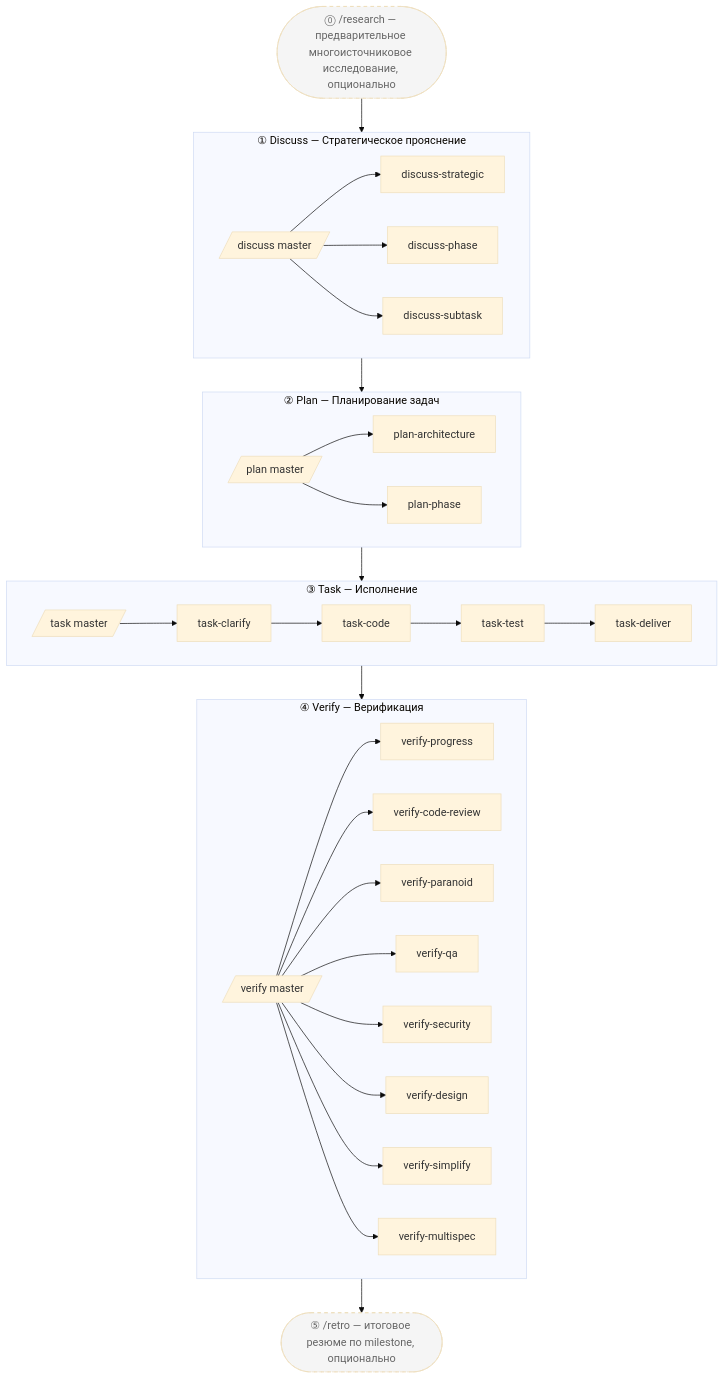
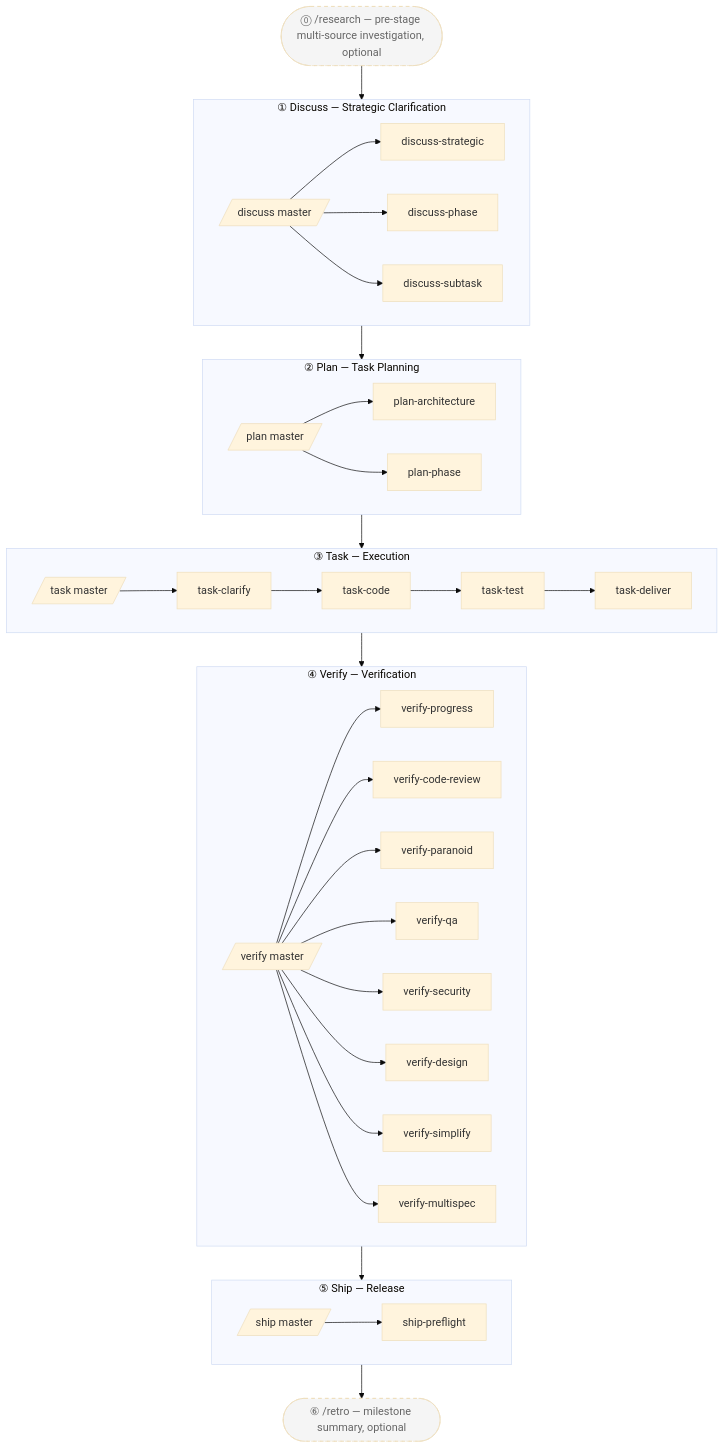
The second of 2 diagrams in README-ru.md (easyinplay/harnessed), drawn with Mermaid (base theme) before and after one commit. The commit also changed other lines of this file and 9 other files, not shown here.

````diff
--- a/README-ru.md
+++ b/README-ru.md
@@ -111,42 +192,47 @@
 ```mermaid
 graph TD
-  RS([⓪ /research — предварительное многоисточниковое исследование, опционально]):::optional
-  subgraph Discuss[① Discuss — Стратегическое прояснение]
+  RS([⓪ /research — pre-stage multi-source investigation, optional]):::optional
+  subgraph Discuss[① Discuss — Strategic Clarification]
     DM[/discuss master/]
     DS[discuss-strategic]
     DP[discuss-phase]
     DT[discuss-subtask]
     DM --> DS & DP & DT
   end
-  subgraph Plan[② Plan — Планирование задач]
+  subgraph Plan[② Plan — Task Planning]
     PM[/plan master/]
     PA[plan-architecture]
     PP[plan-phase]
     PM --> PA & PP
   end
-  subgraph Task[③ Task — Исполнение]
+  subgraph Task[③ Task — Execution]
     TM[/task master/]
     TC[task-clarify]
     TCo[task-code]
     TT[task-test]
     TD[task-deliver]
     TM --> TC --> TCo --> TT --> TD
   end
-  subgraph Verify[④ Verify — Верификация]
+  subgraph Verify[④ Verify — Verification]
     VMs[/verify master/]
     VP[verify-progress]
     VC[verify-code-review]
     VPa[verify-paranoid]
     VQ[verify-qa]
     VS[verify-security]
     VD[verify-design]
     VSi[verify-simplify]
     VM[verify-multispec]
     VMs --> VP & VC & VPa & VQ & VS & VD & VSi & VM
   end
-  RT([⑤ /retro — итоговое резюме по milestone, опционально]):::optional
+  subgraph Ship[⑤ Ship — Release]
+    SMs[/ship master/]
+    SP[ship-preflight]
+    SMs --> SP
+  end
+  RT([⑥ /retro — milestone summary, optional]):::optional
   RS --> Discuss
-  Discuss --> Plan --> Task --> Verify
-  Verify --> RT
+  Discuss --> Plan --> Task --> Verify --> Ship
+  Ship --> RT
   classDef optional stroke-dasharray:5 5,fill:#f5f5f5,color:#666
 ```
````
